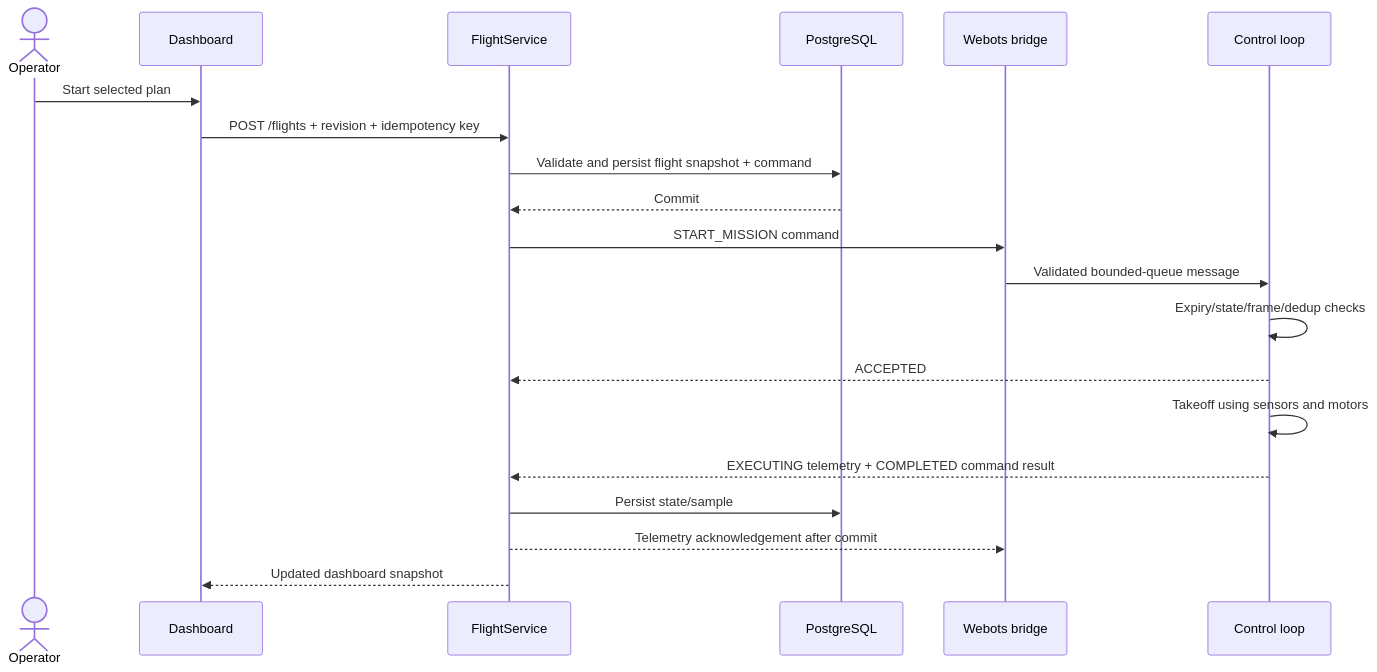
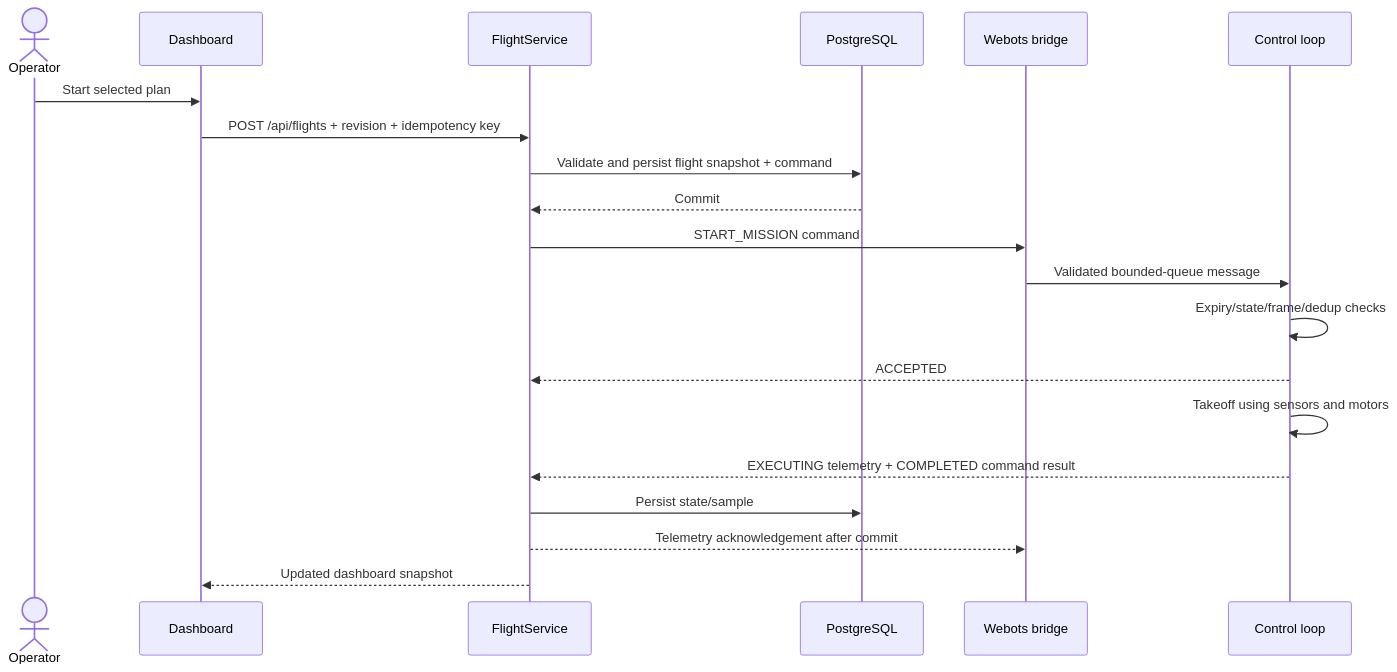
One commit to mk0904/bumblbee changed the third of 6 diagrams in README.md. Above: the diagram before and after it, drawn with Mermaid. The commit also changed other lines of this file, not shown here.

````diff
--- a/README.md
+++ b/README.md
@@ -271,22 +228,22 @@
 ```mermaid
 sequenceDiagram
   actor Operator
   participant UI as Dashboard
   participant API as FlightService
   participant DB as PostgreSQL
   participant Bridge as Webots bridge
   participant Controller as Control loop
   Operator->>UI: Start selected plan
-  UI->>API: POST /flights + revision + idempotency key
+  UI->>API: POST /api/flights + revision + idempotency key
   API->>DB: Validate and persist flight snapshot + command
   DB-->>API: Commit
   API->>Bridge: START_MISSION command
   Bridge->>Controller: Validated bounded-queue message
   Controller->>Controller: Expiry/state/frame/dedup checks
   Controller-->>API: ACCEPTED
   Controller->>Controller: Takeoff using sensors and motors
   Controller-->>API: EXECUTING telemetry + COMPLETED command result
   API->>DB: Persist state/sample
   API-->>Bridge: Telemetry acknowledgement after commit
   API-->>UI: Updated dashboard snapshot
 ```
````
